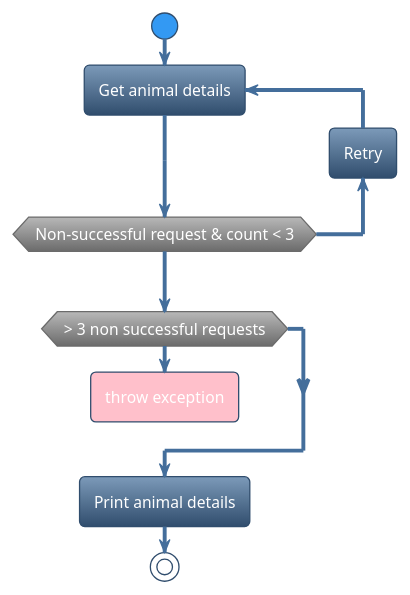
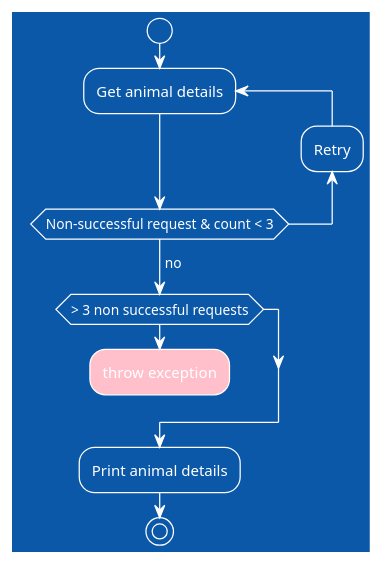
Before and after one commit to jacobduijzer/ResilienceWithPollyDemo: the diagram in design/retrythrow.pu, drawn with PlantUML.

```diff
--- a/design/retrythrow.pu
+++ b/design/retrythrow.pu
@@ -2,17 +2,17 @@
 @startuml
 
-!theme spacelab
+!theme amiga
 
 start
 
 repeat :Get animal details;
 backward:Retry;
 repeat while (Non-successful request & count < 3)
 ->no;
 if(> 3 non successful requests) then
 	#pink:throw exception;
 	kill
 endif 
 :Print animal details;
 stop
 @enduml
```
